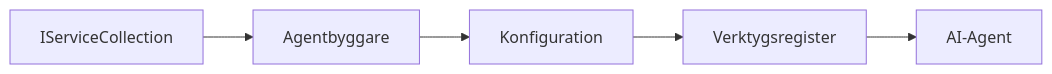
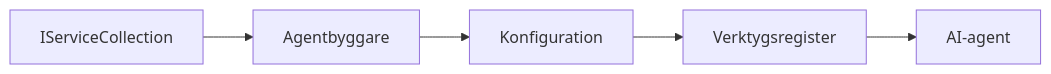
The diagram in translations/sv/03-agentic-design-patterns/code_samples/03-dotnet-agent-framework.md (venturemavenwill/azureaifundamentals), drawn with Mermaid before and after one commit. The commit also changed other lines of this file and 2002 other files, not shown here.

````diff
--- a/translations/sv/03-agentic-design-patterns/code_samples/03-dotnet-agent-framework.md
+++ b/translations/sv/03-agentic-design-patterns/code_samples/03-dotnet-agent-framework.md
@@ -41,7 +41,7 @@
 ```mermaid
 graph LR
     A[IServiceCollection] --> B[Agentbyggare]
     B --> C[Konfiguration]
     C --> D[Verktygsregister]
-    D --> E[AI-Agent]
+    D --> E[AI-agent]
 ```
````
